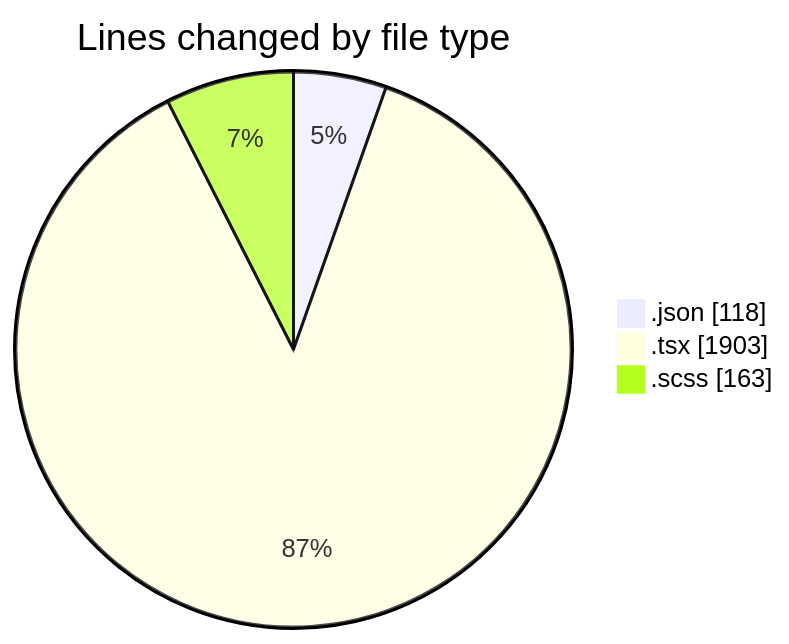
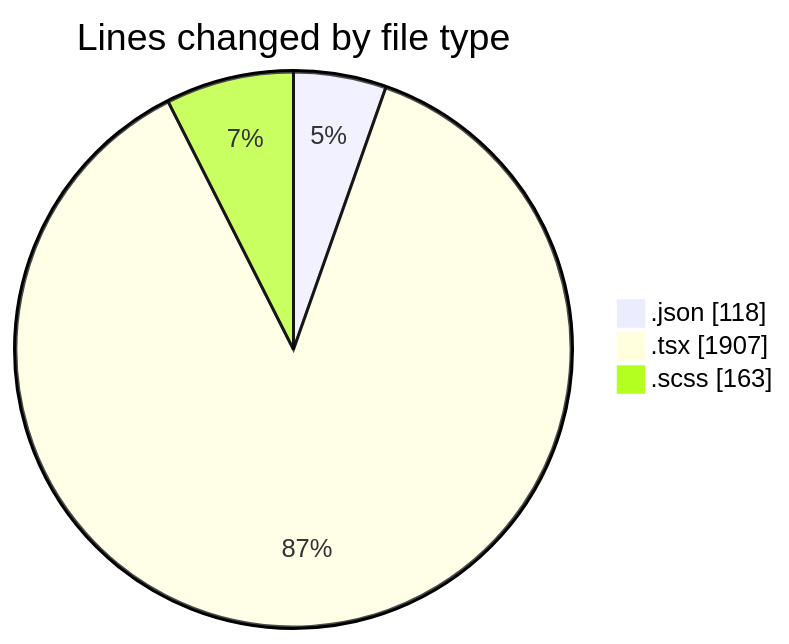
Before and after one commit to momahboobian/code-tracking: the first of 2 diagrams in 2025-11-19/cda/README.md, drawn with Mermaid. The commit also changed other lines of this file and 1 other file, not shown here.

````diff
--- a/2025-11-19/cda/README.md
+++ b/2025-11-19/cda/README.md
@@ -23,7 +23,7 @@
 ```mermaid
 pie showData
 title Lines changed by file type
 ".json" : 118
-".tsx" : 1903
+".tsx" : 1907
 ".scss" : 163
 ```
````
